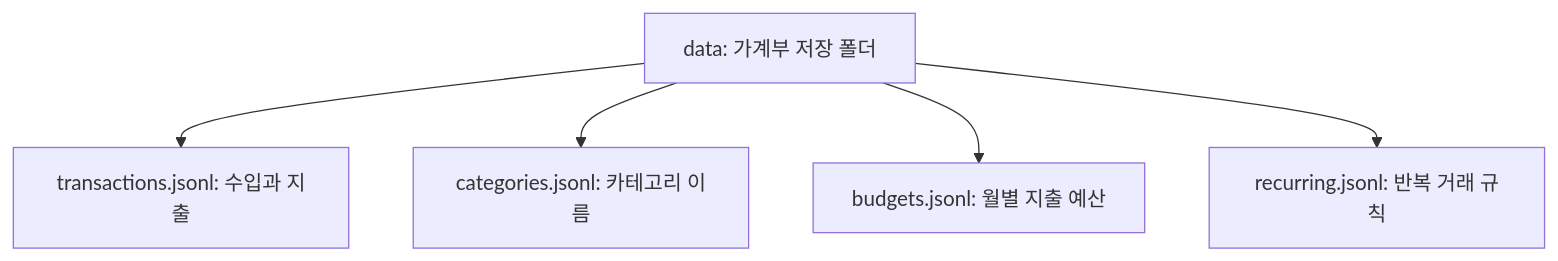
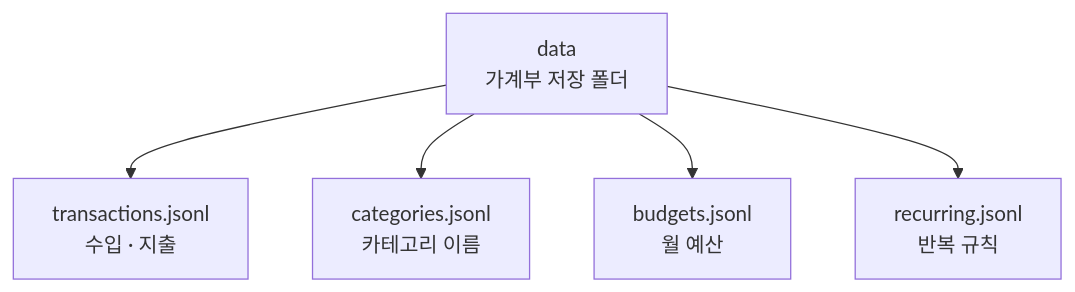
Before and after one commit to Cerhovah/Codyssey_Mission_B2-1: the second of 9 diagrams in README.md, drawn with Mermaid. The commit also changed other lines of this file, not shown here.

First line of the commit message:
docs: 구조도 문구와 줄바꿈을 읽기 쉽게 정리

````diff
--- a/README.md
+++ b/README.md
@@ -120,7 +120,7 @@
 ```mermaid
 flowchart TD
-    Data["data: 가계부 저장 폴더"] --> Tx["transactions.jsonl: 수입과 지출"]
-    Data --> Category["categories.jsonl: 카테고리 이름"]
-    Data --> Budget["budgets.jsonl: 월별 지출 예산"]
-    Data --> Recurring["recurring.jsonl: 반복 거래 규칙"]
+    Data["data<br/>가계부 저장 폴더"] --> Tx["transactions.jsonl<br/>수입 · 지출"]
+    Data --> Category["categories.jsonl<br/>카테고리 이름"]
+    Data --> Budget["budgets.jsonl<br/>월 예산"]
+    Data --> Recurring["recurring.jsonl<br/>반복 규칙"]
 ```
````
